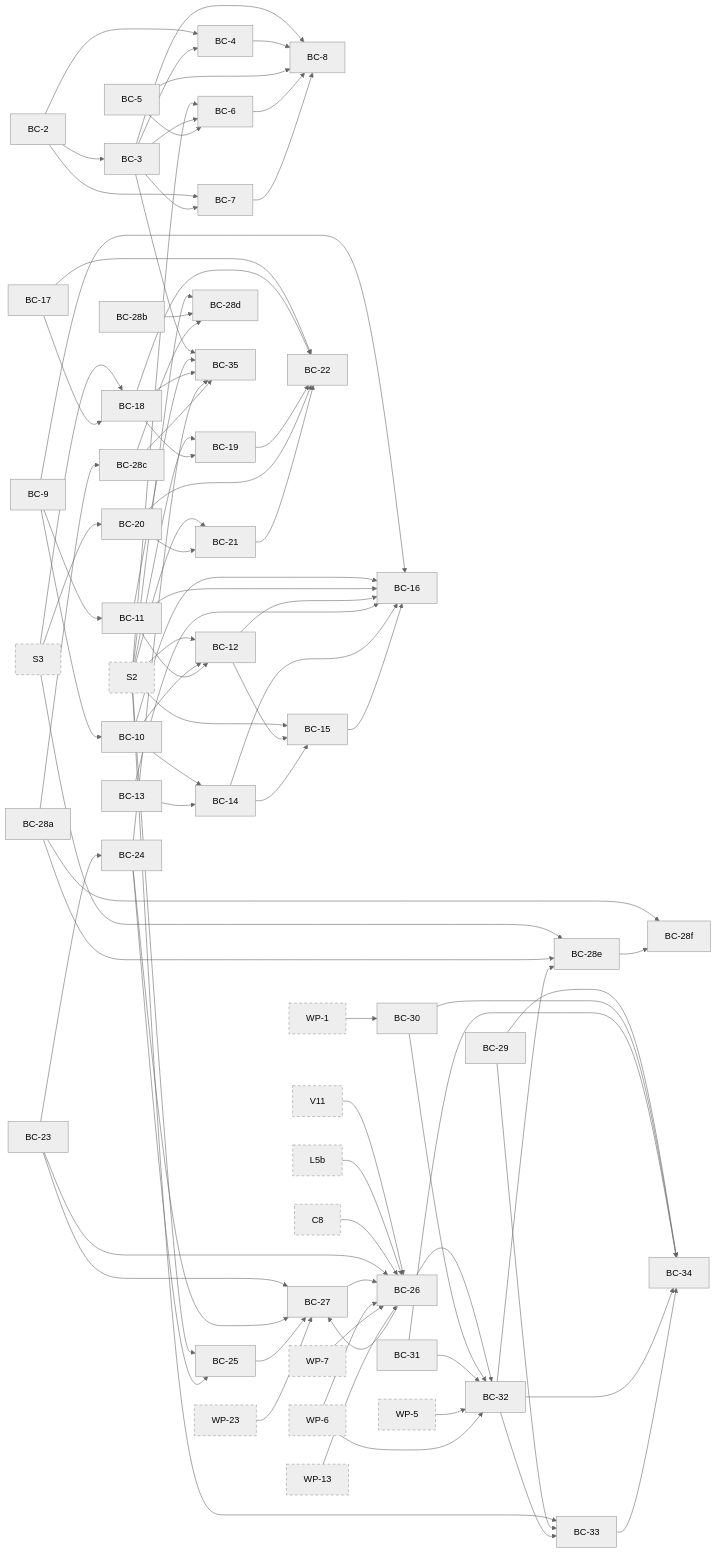
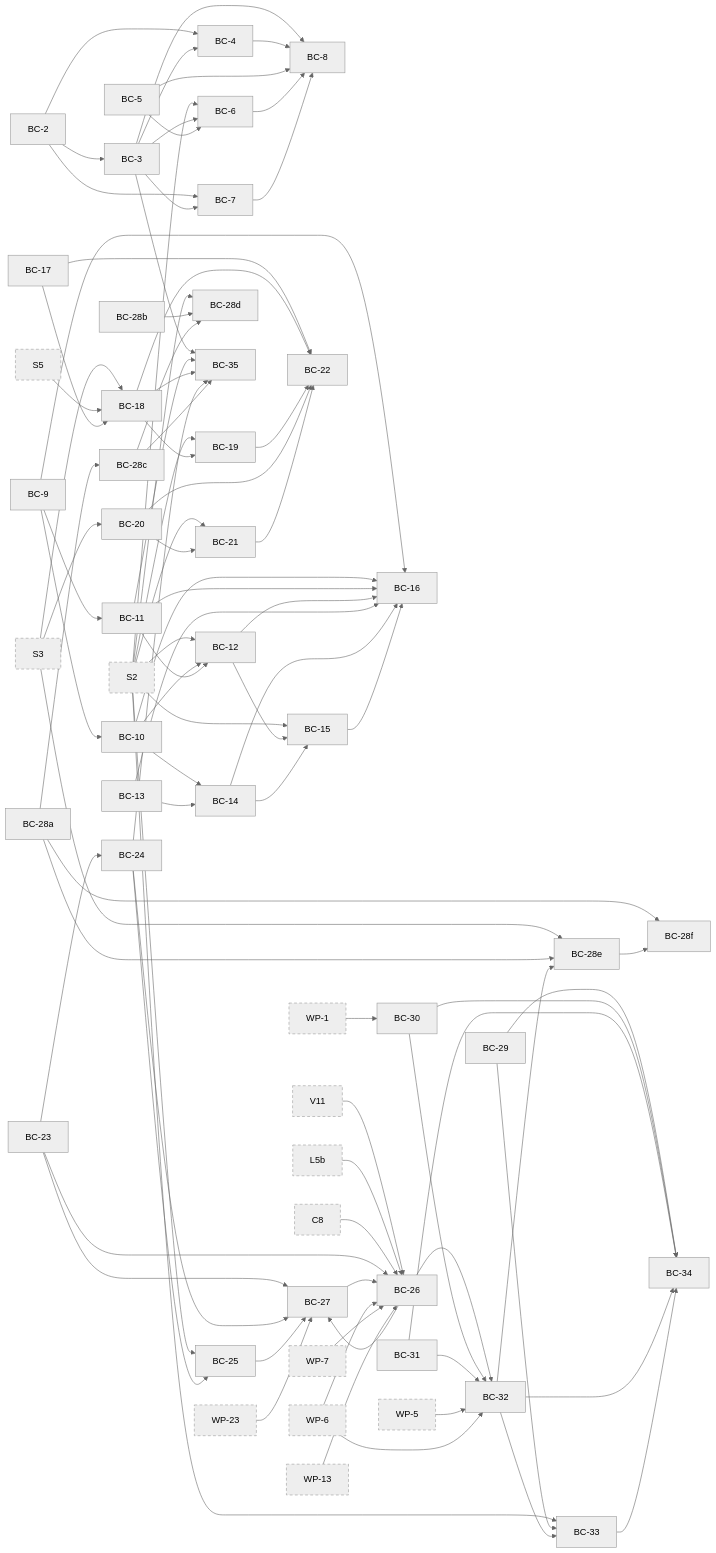
The seventh of 10 diagrams in docs/superpowers/plans/2026-10-13-phase-2/dependencies.md (jhoblitt/rgw-go), drawn with Mermaid (neutral theme) before and after one commit. The commit also changed other lines of this file, not shown here.

First line of the commit message:
docs(plan): regenerate the phase 2 dependency graph for BC-18

```diff
--- a/docs/superpowers/plans/2026-10-13-phase-2/dependencies.md
+++ b/docs/superpowers/plans/2026-10-13-phase-2/dependencies.md
@@ -582,6 +582,7 @@
   t_BC_35["BC-35"]
   t_S2["S2"]:::ext
   t_S3["S3"]:::ext
+  t_S5["S5"]:::ext
   t_V11["V11"]:::ext
   t_L5b["L5b"]:::ext
   t_C8["C8"]:::ext
@@ -622,6 +623,7 @@
   t_BC_14 --> t_BC_16
   t_BC_15 --> t_BC_16
   t_S3 --> t_BC_18
+  t_S5 --> t_BC_18
   t_BC_17 --> t_BC_18
   t_S2 --> t_BC_19
   t_BC_18 --> t_BC_19
@@ -718,6 +720,7 @@
   click t_BC_35 href "https://github.com/jhoblitt/rgw-go/blob/main/docs/superpowers/plans/2026-10-13-phase-2/B-bucket-config.md#task-bc-35-retitle-the-re-authorized-retries-exclusion" "BC-35: Retitle the re-authorized-retries exclusion"
   click t_S2 href "https://github.com/jhoblitt/rgw-go/blob/main/docs/superpowers/plans/2026-10-13-phase-2/00-index.md#task-s2-route-sets-per-feature-and-the-env-slots" "S2: route sets per feature and the Env slots"
   click t_S3 href "https://github.com/jhoblitt/rgw-go/blob/main/docs/superpowers/plans/2026-10-13-phase-2/00-index.md#task-s3-one-aws-correct-ispublic" "S3: one AWS-correct IsPublic"
+  click t_S5 href "https://github.com/jhoblitt/rgw-go/blob/main/docs/superpowers/plans/2026-10-13-phase-2/00-index.md#task-s5-ignorepublicacls-ignores-swifts-public-container-grants" "S5: IgnorePublicAcls ignores Swift's public container grants"
   click t_V11 href "https://github.com/jhoblitt/rgw-go/blob/main/docs/superpowers/plans/2026-10-13-phase-2/V-versioning.md#task-v11-op-and-s3-versioned-writes" "V11: op and s3, versioned writes"
   click t_L5b href "https://github.com/jhoblitt/rgw-go/blob/main/docs/superpowers/plans/2026-10-13-phase-2/L-object-lock.md#task-l5b-the-lock-headers-op-and-s3" "L5b: the lock headers, op and S3"
   click t_C8 href "https://github.com/jhoblitt/rgw-go/blob/main/docs/superpowers/plans/2026-10-13-phase-2/C-lifecycle.md#task-c8-the-lifecycle-response-headers" "C8: the lifecycle response headers"
```
